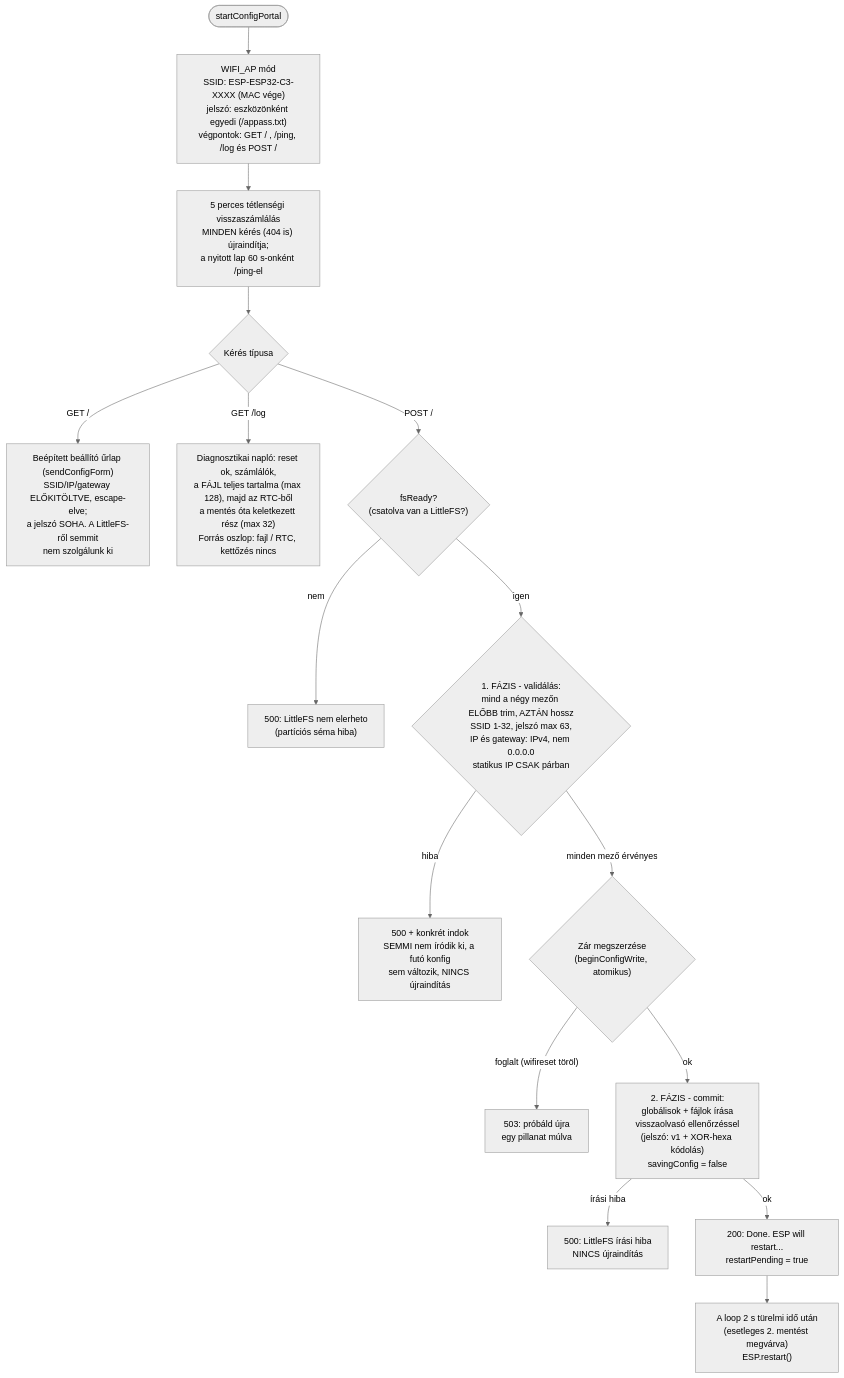
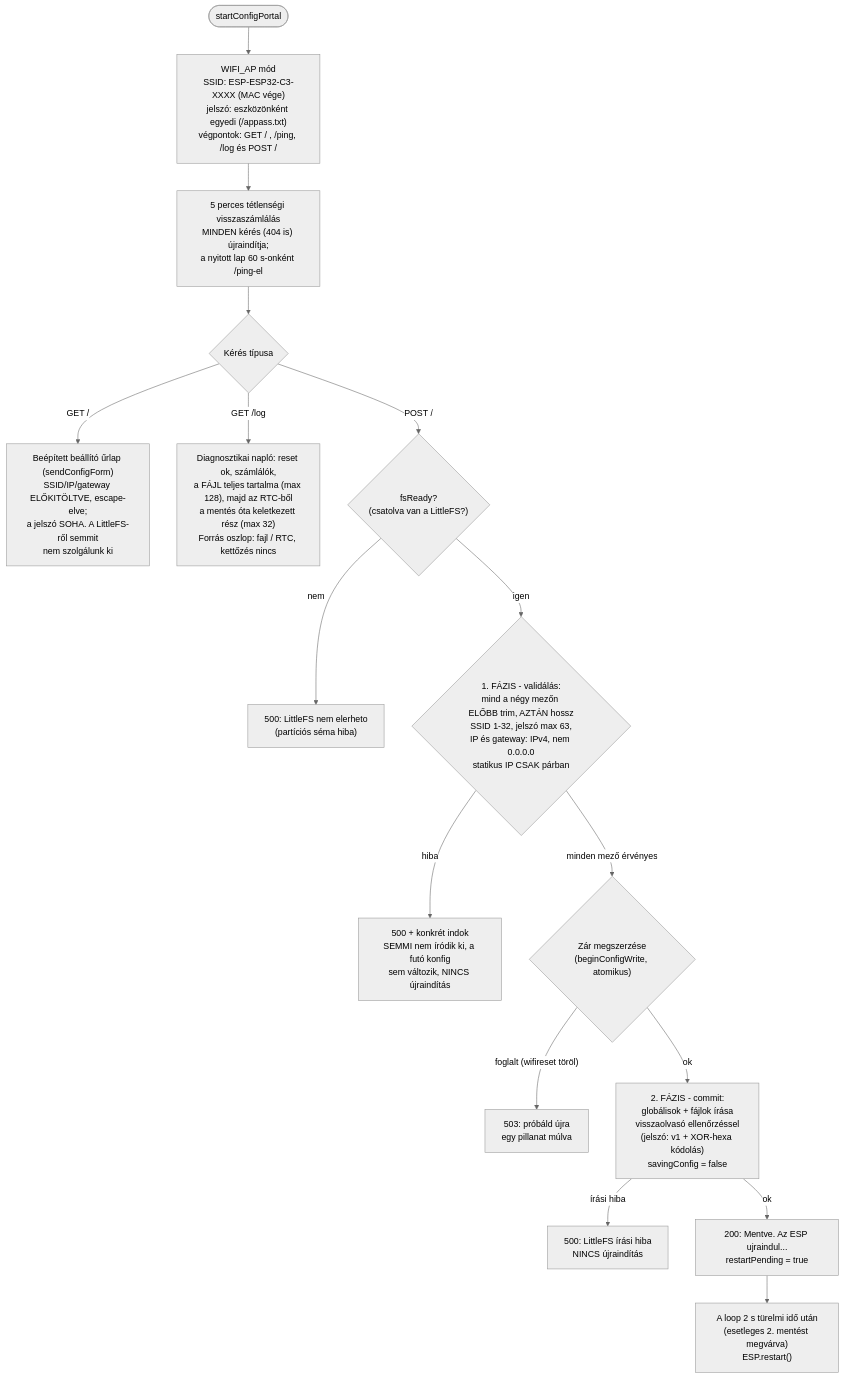
The eighth of 10 diagrams in MUKODES.md (manszabi/bazsi-router-reboot), drawn with Mermaid (neutral theme) before and after one commit. The commit also changed other lines of this file and 5 other files, not shown here.

````diff
--- a/MUKODES.md
+++ b/MUKODES.md
@@ -2075,18 +2076,18 @@
 ```mermaid
 flowchart TD
     IN([startConfigPortal]) --> AP["WIFI_AP mód<br>SSID: ESP-ESP32-C3-XXXX (MAC vége)<br>jelszó: eszközönként egyedi (/appass.txt)<br>végpontok: GET / , /ping, /log és POST /"]
     AP --> IDLE["5 perces tétlenségi visszaszámlálás<br>MINDEN kérés (404 is) újraindítja;<br>a nyitott lap 60 s-onként /ping-el"]
     IDLE --> REQ{Kérés típusa}
     REQ -->|"GET /"| FORM["Beépített beállító űrlap (sendConfigForm)<br>SSID/IP/gateway ELŐKITÖLTVE, escape-elve;<br>a jelszó SOHA. A LittleFS-ről semmit<br>nem szolgálunk ki"]
     REQ -->|"GET /log"| LOG["Diagnosztikai napló: reset ok, számlálók,<br>a FÁJL teljes tartalma (max 128), majd az RTC-ből<br>a mentés óta keletkezett rész (max 32)<br>Forrás oszlop: fajl / RTC, kettőzés nincs"]
     REQ -->|"POST /"| FSOK{"fsReady?<br>(csatolva van a LittleFS?)"}
     FSOK -->|nem| E500F["500: LittleFS nem elerheto<br>(partíciós séma hiba)"]
     FSOK -->|igen| VAL{"1. FÁZIS - validálás:<br>mind a négy mezőn ELŐBB trim, AZTÁN hossz<br>SSID 1-32, jelszó max 63,<br>IP és gateway: IPv4, nem 0.0.0.0<br>statikus IP CSAK párban"}
     VAL -->|hiba| E500["500 + konkrét indok<br>SEMMI nem íródik ki, a futó konfig<br>sem változik, NINCS újraindítás"]
     VAL -->|"minden mező érvényes"| LOCK{"Zár megszerzése<br>(beginConfigWrite, atomikus)"}
     LOCK -->|"foglalt (wifireset töröl)"| E503["503: próbáld újra<br>egy pillanat múlva"]
     LOCK -->|ok| SAVE["2. FÁZIS - commit:<br>globálisok + fájlok írása<br>visszaolvasó ellenőrzéssel<br>(jelszó: v1 + XOR-hexa kódolás)<br>savingConfig = false"]
     SAVE -->|"írási hiba"| E500W["500: LittleFS írási hiba<br>NINCS újraindítás"]
-    SAVE -->|ok| R200["200: Done. ESP will restart...<br>restartPending = true"]
+    SAVE -->|ok| R200["200: Mentve. Az ESP ujraindul...<br>restartPending = true"]
     R200 --> DEF["A loop 2 s türelmi idő után<br>(esetleges 2. mentést megvárva)<br>ESP.restart()"]
 ```
````
